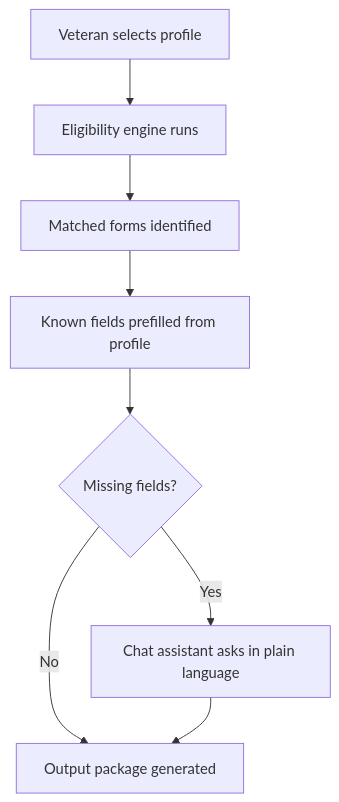
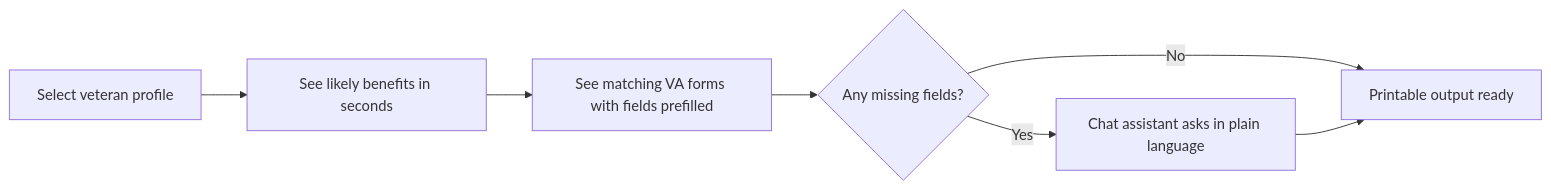
Before and after one commit to akaseahawk/VetAssist: the diagram in COLLABORATOR_BRIEF.md, drawn with Mermaid. The commit also changed other lines of this file and 5 other files, not shown here.

````diff
--- a/COLLABORATOR_BRIEF.md
+++ b/COLLABORATOR_BRIEF.md
@@ -49,10 +38,9 @@
 ```mermaid
-flowchart TD
-    A[Veteran selects profile] --> B[Eligibility engine runs]
-    B --> C[Matched forms identified]
-    C --> D[Known fields prefilled from profile]
-    D --> E{Missing fields?}
-    E -- Yes --> F[Chat assistant asks in plain language]
-    E -- No --> G[Output package generated]
-    F --> G
+flowchart LR
+    A[Select veteran profile] --> B[See likely benefits in seconds]
+    B --> C[See matching VA forms with fields prefilled]
+    C --> D{Any missing fields?}
+    D -- Yes --> E[Chat assistant asks in plain language]
+    D -- No --> F[Printable output ready]
+    E --> F
 ```
````
